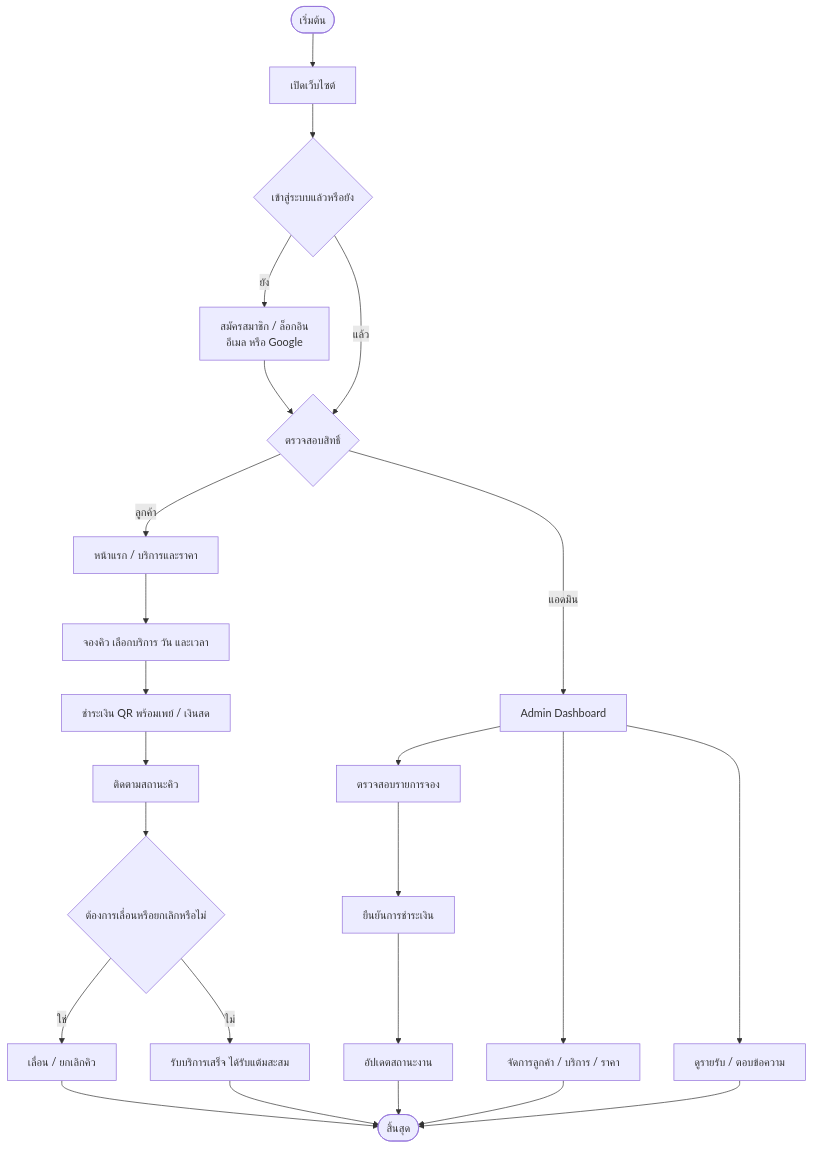
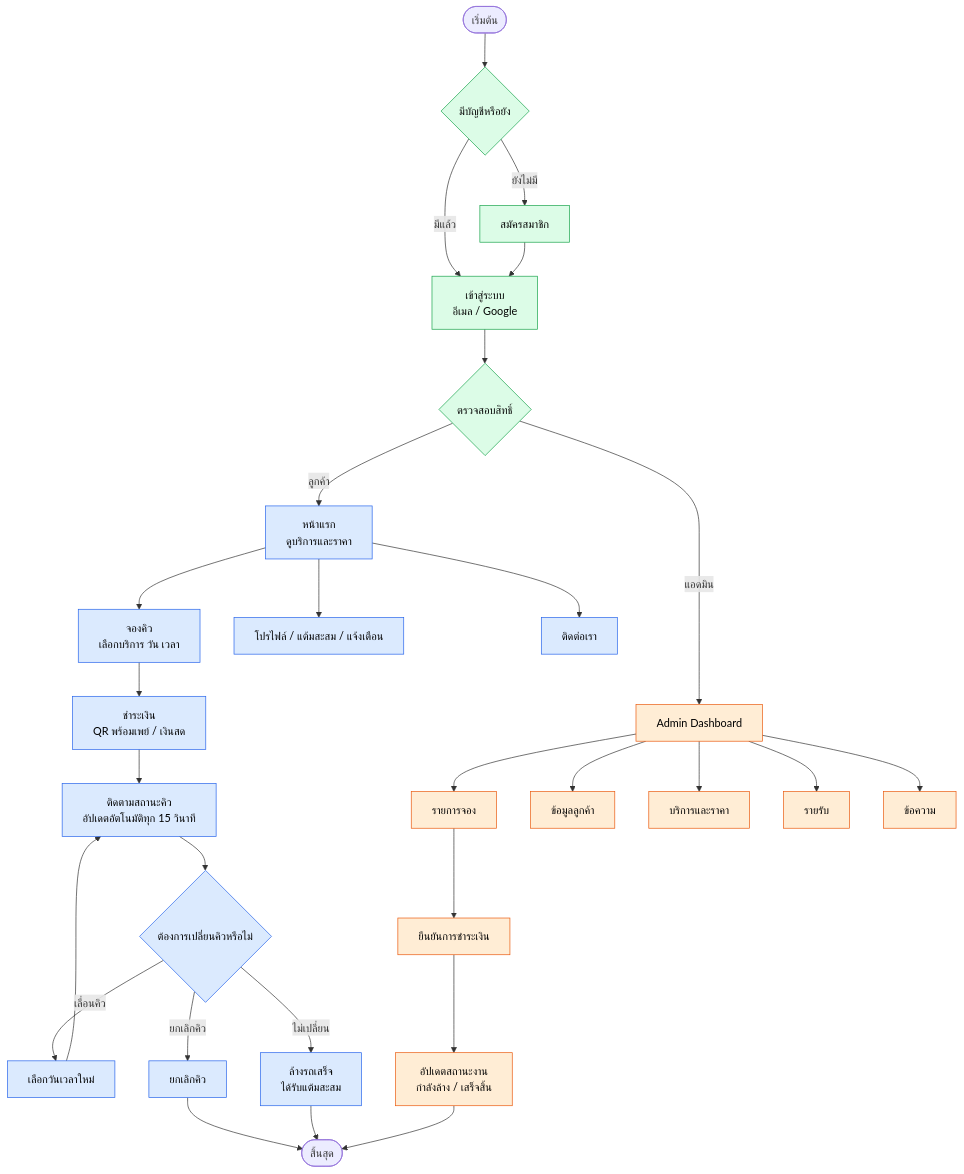
Before and after one commit to Patipan26/Group22-CarWash-Queue: the fifth of 10 diagrams in README.md, drawn with Mermaid. The commit also changed other lines of this file, not shown here.

````diff
--- a/README.md
+++ b/README.md
@@ -721,28 +719,40 @@
 ```mermaid
 flowchart TD
-    A(["เริ่มต้น"]) --> B["เปิดเว็บไซต์"]
-    B --> C{"เข้าสู่ระบบแล้วหรือยัง"}
-    C -->|"ยัง"| D["สมัครสมาชิก / ล็อกอิน<br/>อีเมล หรือ Google"]
-    D --> E{"ตรวจสอบสิทธิ์"}
-    C -->|"แล้ว"| E
+    S(["เริ่มต้น"]) --> L1{"มีบัญชีหรือยัง"}
+    L1 -->|"ยังไม่มี"| L2["สมัครสมาชิก"]
+    L1 -->|"มีแล้ว"| L3["เข้าสู่ระบบ<br/>อีเมล / Google"]
+    L2 --> L3
+    L3 --> R{"ตรวจสอบสิทธิ์"}
 
-    E -->|"ลูกค้า"| F["หน้าแรก / บริการและราคา"]
-    F --> G["จองคิว เลือกบริการ วัน และเวลา"]
-    G --> H["ชำระเงิน QR พร้อมเพย์ / เงินสด"]
-    H --> I["ติดตามสถานะคิว"]
-    I --> J{"ต้องการเลื่อนหรือยกเลิกหรือไม่"}
-    J -->|"ใช่"| K["เลื่อน / ยกเลิกคิว"]
-    J -->|"ไม่"| L["รับบริการเสร็จ ได้รับแต้มสะสม"]
-    K --> Z(["สิ้นสุด"])
-    L --> Z
+    R -->|"ลูกค้า"| C1["หน้าแรก<br/>ดูบริการและราคา"]
+    C1 --> C2["จองคิว<br/>เลือกบริการ วัน เวลา"]
+    C1 --> M1["โปรไฟล์ / แต้มสะสม / แจ้งเตือน"]
+    C1 --> M2["ติดต่อเรา"]
+    C2 --> C3["ชำระเงิน<br/>QR พร้อมเพย์ / เงินสด"]
+    C3 --> C4["ติดตามสถานะคิว<br/>อัปเดตอัตโนมัติทุก 15 วินาที"]
+    C4 --> C5{"ต้องการเปลี่ยนคิวหรือไม่"}
+    C5 -->|"เลื่อนคิว"| C6["เลือกวันเวลาใหม่"]
+    C5 -->|"ยกเลิกคิว"| C7["ยกเลิกคิว"]
+    C5 -->|"ไม่เปลี่ยน"| C8["ล้างรถเสร็จ<br/>ได้รับแต้มสะสม"]
+    C6 --> C4
 
-    E -->|"แอดมิน"| M["Admin Dashboard"]
-    M --> N["ตรวจสอบรายการจอง"]
-    N --> O["ยืนยันการชำระเงิน"]
-    O --> P["อัปเดตสถานะงาน"]
-    M --> Q["จัดการลูกค้า / บริการ / ราคา"]
-    M --> R["ดูรายรับ / ตอบข้อความ"]
-    P --> Z
-    Q --> Z
-    R --> Z
+    R -->|"แอดมิน"| A0["Admin Dashboard"]
+    A0 --> A1["รายการจอง"]
+    A1 --> A2["ยืนยันการชำระเงิน"]
+    A2 --> A3["อัปเดตสถานะงาน<br/>กำลังล้าง / เสร็จสิ้น"]
+    A0 --> A4["ข้อมูลลูกค้า"]
+    A0 --> A5["บริการและราคา"]
+    A0 --> A6["รายรับ"]
+    A0 --> A7["ข้อความ"]
+
+    C7 --> E(["สิ้นสุด"])
+    C8 --> E
+    A3 --> E
+
+    classDef customer fill:#dbeafe,stroke:#2563eb,color:#000
+    classDef admin fill:#ffedd5,stroke:#ea580c,color:#000
+    classDef common fill:#dcfce7,stroke:#16a34a,color:#000
+    class C1,C2,C3,C4,C5,C6,C7,C8,M1,M2 customer
+    class A0,A1,A2,A3,A4,A5,A6,A7 admin
+    class L1,L2,L3,R common
 ```
````
